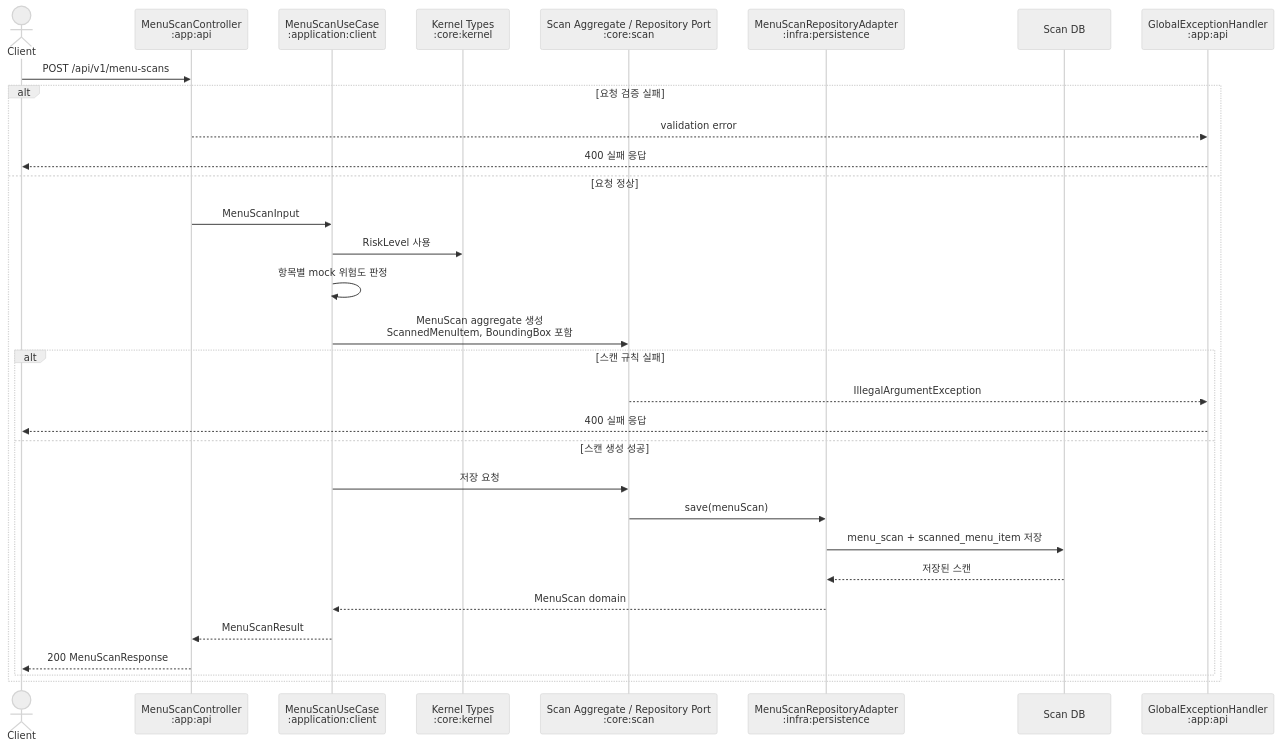
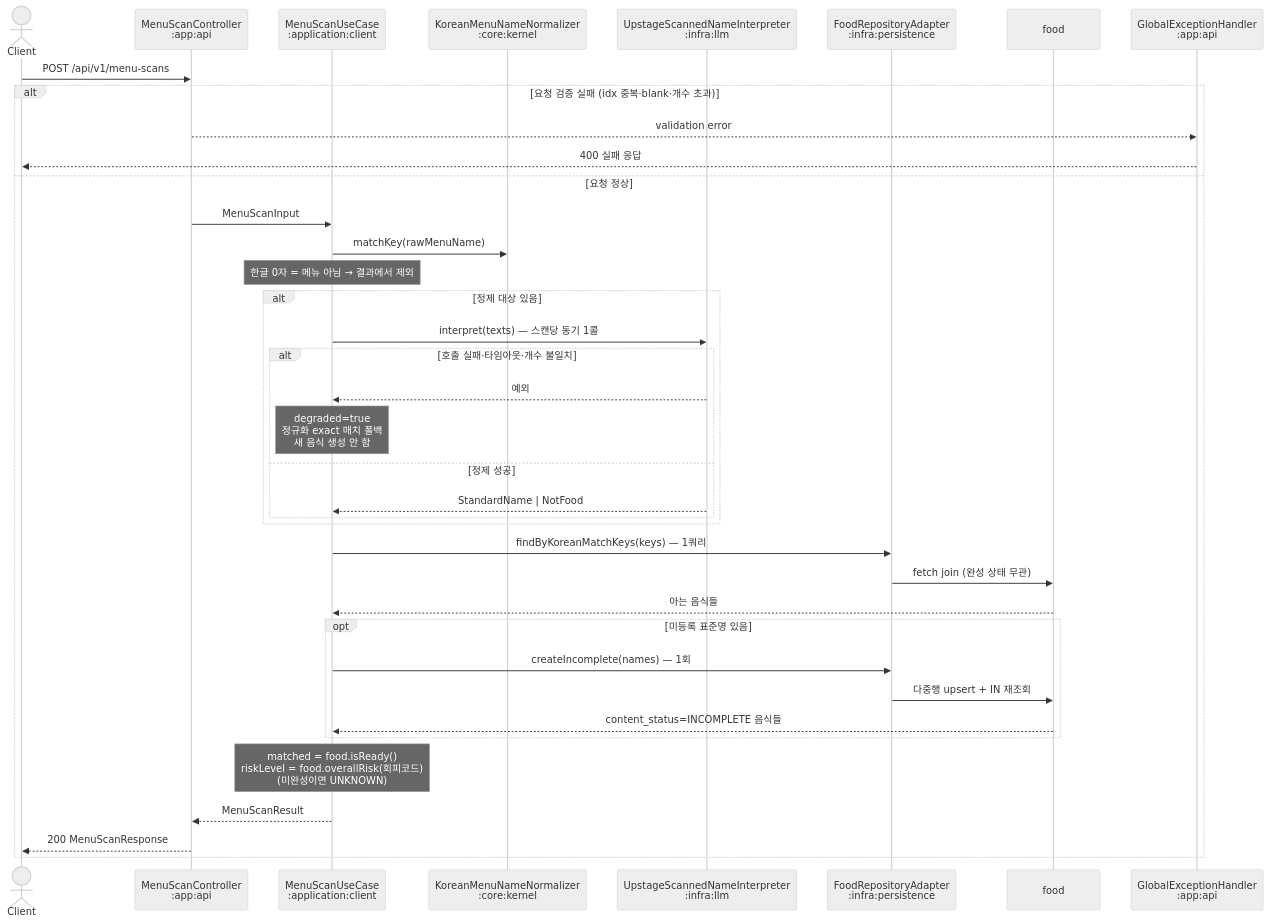
Before and after one commit to team-skyjs/kbap-server: the third of 3 diagrams in docs/architecture/api-request-flows.md, drawn with Mermaid (neutral theme). The commit also changed other lines of this file and 10 other files, not shown here.

First line of the commit message:
refactor: :core:scan 모듈 삭제 — 스캔은 상태를 갖지 않는다

````diff
--- a/docs/architecture/api-request-flows.md
+++ b/docs/architecture/api-request-flows.md
@@ -106,34 +106,45 @@
 ```mermaid
 sequenceDiagram
     actor Client
     participant Controller as MenuScanController<br/>:app:api
     participant UseCase as MenuScanUseCase<br/>:application:client
-    participant Kernel as Kernel Types<br/>:core:kernel
-    participant ScanCore as Scan Aggregate / Repository Port<br/>:core:scan
-    participant Persistence as MenuScanRepositoryAdapter<br/>:infra:persistence
-    participant DB as Scan DB
+    participant Kernel as KoreanMenuNameNormalizer<br/>:core:kernel
+    participant Llm as UpstageScannedNameInterpreter<br/>:infra:llm
+    participant Persistence as FoodRepositoryAdapter<br/>:infra:persistence
+    participant DB as food
     participant Error as GlobalExceptionHandler<br/>:app:api
 
     Client->>Controller: POST /api/v1/menu-scans
-    alt 요청 검증 실패
+    alt 요청 검증 실패 (idx 중복·blank·개수 초과)
         Controller-->>Error: validation error
         Error-->>Client: 400 실패 응답
     else 요청 정상
         Controller->>UseCase: MenuScanInput
-        UseCase->>Kernel: RiskLevel 사용
-        UseCase->>UseCase: 항목별 mock 위험도 판정
-        UseCase->>ScanCore: MenuScan aggregate 생성<br/>ScannedMenuItem, BoundingBox 포함
-        alt 스캔 규칙 실패
-            ScanCore-->>Error: IllegalArgumentException
-            Error-->>Client: 400 실패 응답
-        else 스캔 생성 성공
-            UseCase->>ScanCore: 저장 요청
-            ScanCore->>Persistence: save(menuScan)
-            Persistence->>DB: menu_scan + scanned_menu_item 저장
-            DB-->>Persistence: 저장된 스캔
-            Persistence-->>UseCase: MenuScan domain
-            UseCase-->>Controller: MenuScanResult
-            Controller-->>Client: 200 MenuScanResponse
+        UseCase->>Kernel: matchKey(rawMenuName)
+        Note over UseCase: 한글 0자 = 메뉴 아님 → 결과에서 제외
+
+        alt 정제 대상 있음
+            UseCase->>Llm: interpret(texts) — 스캔당 동기 1콜
+            alt 호출 실패·타임아웃·개수 불일치
+                Llm-->>UseCase: 예외
+                Note over UseCase: degraded=true<br/>정규화 exact 매치 폴백<br/>새 음식 생성 안 함
+            else 정제 성공
+                Llm-->>UseCase: StandardName | NotFood
+            end
         end
+
+        UseCase->>Persistence: findByKoreanMatchKeys(keys) — 1쿼리
+        Persistence->>DB: fetch join (완성 상태 무관)
+        DB-->>UseCase: 아는 음식들
+
+        opt 미등록 표준명 있음
+            UseCase->>Persistence: createIncomplete(names) — 1회
+            Persistence->>DB: 다중행 upsert + IN 재조회
+            DB-->>UseCase: content_status=INCOMPLETE 음식들
+        end
+
+        Note over UseCase: matched = food.isReady()<br/>riskLevel = food.overallRisk(회피코드)<br/>(미완성이면 UNKNOWN)
+        UseCase-->>Controller: MenuScanResult
+        Controller-->>Client: 200 MenuScanResponse
     end
 ```
````
